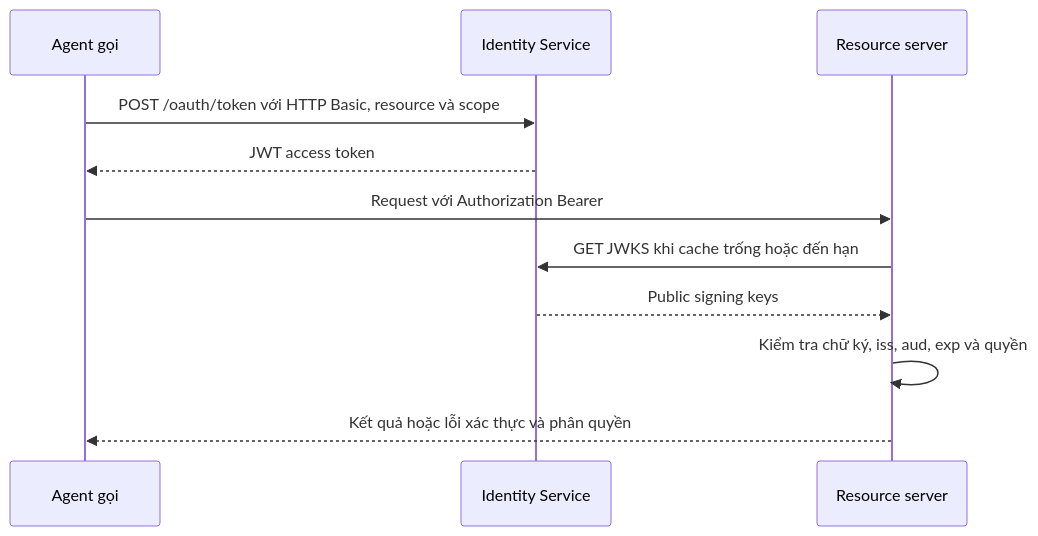
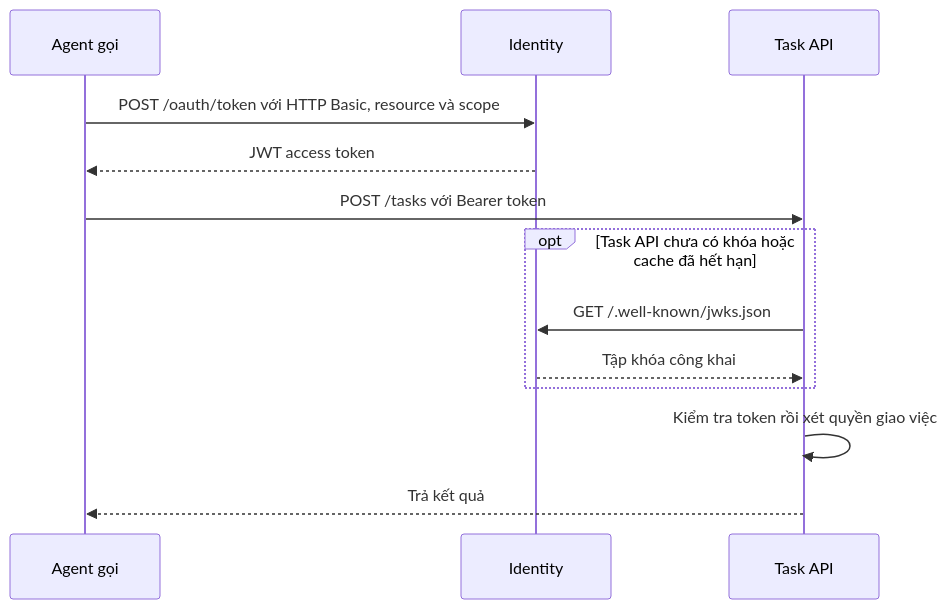
The diagram in docs/architecture.md (alaireselene/distributed-system-agentic), drawn with Mermaid before and after one commit. The commit also changed other lines of this file and 6 other files, not shown here.

````diff
--- a/docs/architecture.md
+++ b/docs/architecture.md
@@ -16,13 +9,15 @@
 ```mermaid
 sequenceDiagram
   participant A as Agent gọi
-  participant I as Identity Service
-  participant R as Resource server
+  participant I as Identity
+  participant T as Task API
   A->>I: POST /oauth/token với HTTP Basic, resource và scope
   I-->>A: JWT access token
-  A->>R: Request với Authorization Bearer
-  R->>I: GET JWKS khi cache trống hoặc đến hạn
-  I-->>R: Public signing keys
-  R->>R: Kiểm tra chữ ký, iss, aud, exp và quyền
-  R-->>A: Kết quả hoặc lỗi xác thực và phân quyền
+  A->>T: POST /tasks với Bearer token
+  opt Task API chưa có khóa hoặc cache đã hết hạn
+    T->>I: GET /.well-known/jwks.json
+    I-->>T: Tập khóa công khai
+  end
+  T->>T: Kiểm tra token rồi xét quyền giao việc
+  T-->>A: Trả kết quả
 ```
````
